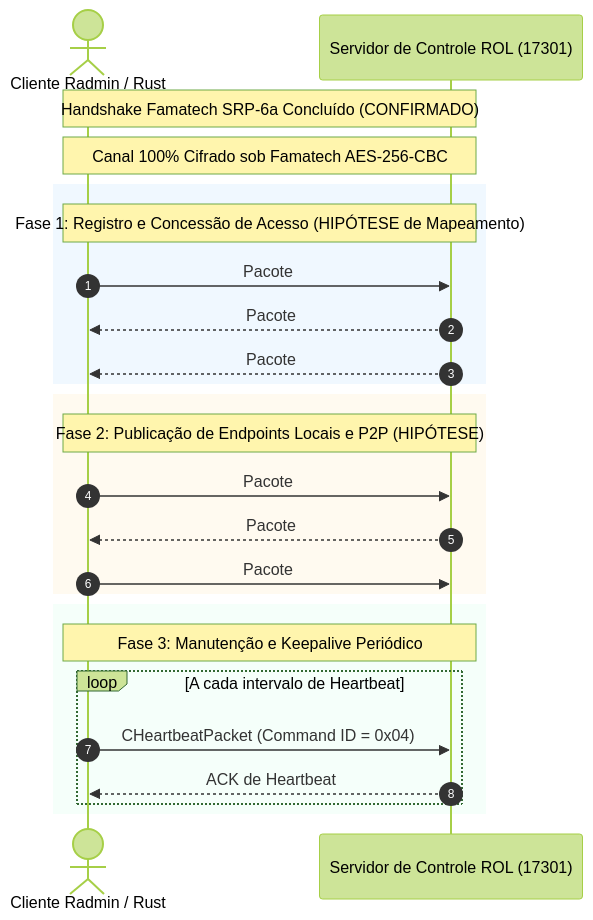
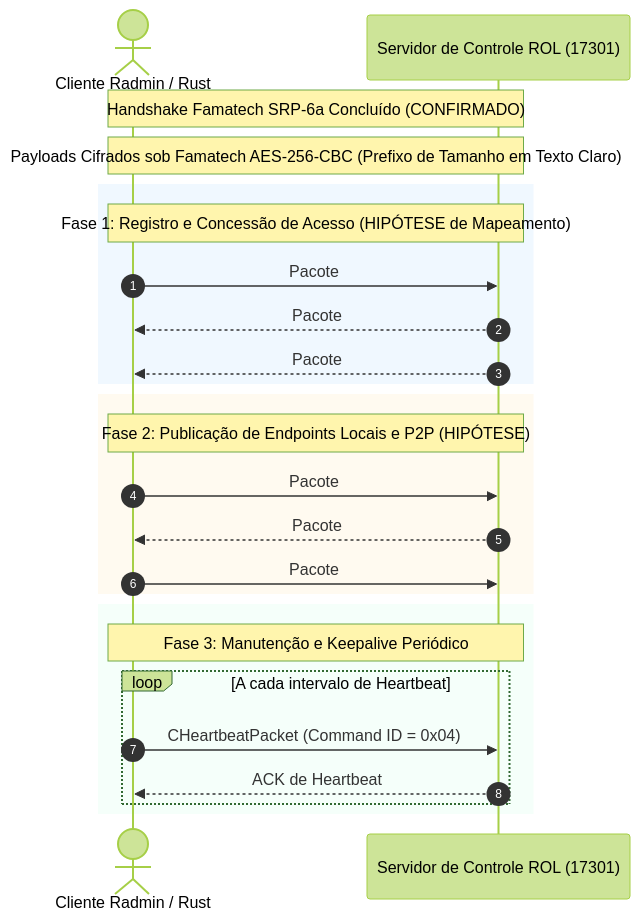
One commit to Pedrodroks34/radmin-vpn-linux-rs changed the diagram in PHASE_3_CONTROL_MESSAGE_CATALOG.md. Above: the diagram before and after it, drawn with Mermaid (forest theme). The commit also changed other lines of this file, not shown here.

````diff
--- a/PHASE_3_CONTROL_MESSAGE_CATALOG.md
+++ b/PHASE_3_CONTROL_MESSAGE_CATALOG.md
@@ -433,31 +444,31 @@
 ```mermaid
 sequenceDiagram
     autonumber
     actor C as Cliente Radmin / Rust
     participant S as Servidor de Controle ROL (17301)
 
     Note over C,S: Handshake Famatech SRP-6a Concluído (CONFIRMADO)
-    Note over C,S: Canal 100% Cifrado sob Famatech AES-256-CBC
+    Note over C,S: Payloads Cifrados sob Famatech AES-256-CBC (Prefixo de Tamanho em Texto Claro)
     
     rect rgb(240, 248, 255)
     Note over C,S: Fase 1: Registro e Concessão de Acesso (HIPÓTESE de Mapeamento)
     C->>S: Pacote #51 (208 B Cifrados) — Inferido: CLoginPacket<br/>- 0x0100031f: Command ID = 0x14 (Login)<br/>- 0x010001d8: ClientVersion<br/>- 0x010001db: MachineID
     S-->>C: Pacote #52 (2576 B Cifrados) — Inferido: CRosPktLoginComplete + CRosPktNetworks<br/>- 0x01000320: Command ID = 0x15 / 0x26<br/>- Despejo do catálogo de redes e peers
     S-->>C: Pacote #53 (160 B Cifrados) — Inferido: Parâmetros Operacionais
     end
 
     rect rgb(255, 250, 240)
     Note over C,S: Fase 2: Publicação de Endpoints Locais e P2P (HIPÓTESE)
     C->>S: Pacote #55 (432 B Cifrados) — Inferido: Candidatos de Transporte P2P
     S-->>C: Pacote #58 (384 B Cifrados) — Inferido: Sincronização de Peers
     C->>S: Pacote #59 (384 B Cifrados) — Inferido: ACK de Sincronização
     end
 
     rect rgb(245, 255, 250)
     Note over C,S: Fase 3: Manutenção e Keepalive Periódico
     loop A cada intervalo de Heartbeat
         C->>S: CHeartbeatPacket (Command ID = 0x04)
         S-->>C: ACK de Heartbeat
     end
     end
 ```
````
